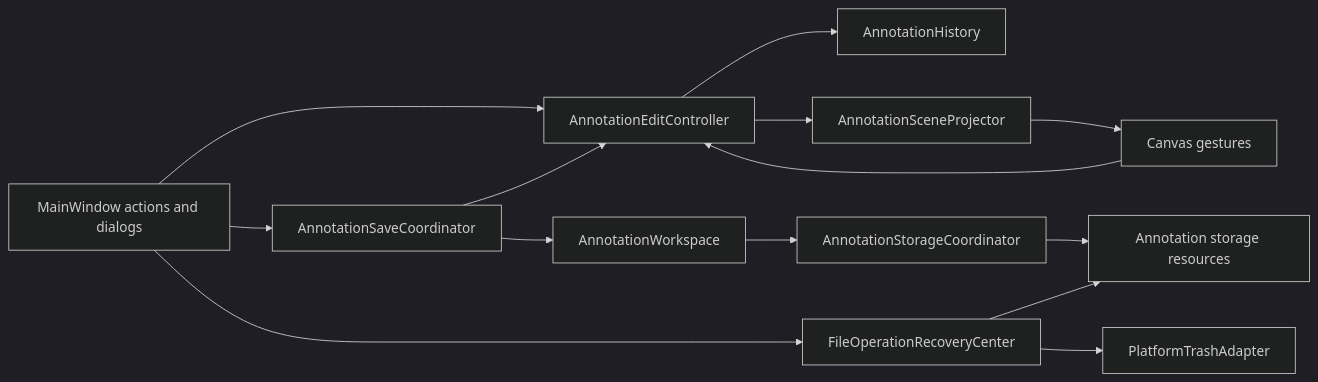
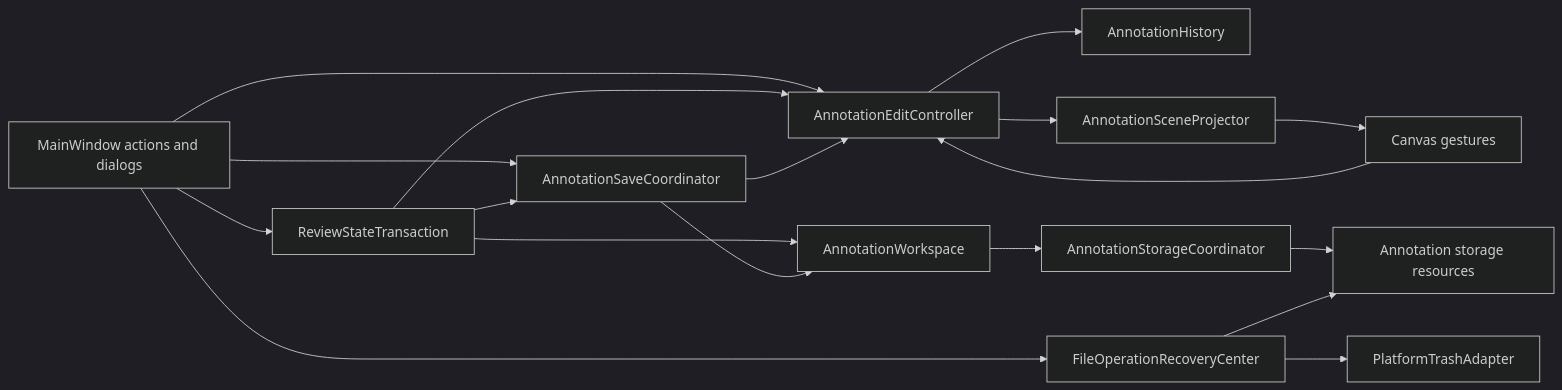
The diagram in docs/design/undo-redo-and-file-recovery.md (zaney955/labelimg-enhanced), drawn with Mermaid (dark theme) before and after one commit. The commit also changed other lines of this file and 4 other files, not shown here.

````diff
--- a/docs/design/undo-redo-and-file-recovery.md
+++ b/docs/design/undo-redo-and-file-recovery.md
@@ -44,28 +44,33 @@
 ```mermaid
 flowchart LR
     UI["MainWindow actions and dialogs"]
     Canvas["Canvas gestures"]
     Controller["AnnotationEditController"]
     History["AnnotationHistory"]
     Projector["AnnotationSceneProjector"]
     Workspace["AnnotationWorkspace"]
     Save["AnnotationSaveCoordinator"]
+    Review["ReviewStateTransaction"]
     Storage["AnnotationStorageCoordinator"]
     Recovery["FileOperationRecoveryCenter"]
     Files["Annotation storage resources"]
     Trash["PlatformTrashAdapter"]
 
     UI --> Controller
     Canvas --> Controller
     Controller --> History
     Controller --> Projector
     Projector --> Canvas
     UI --> Save
+    UI --> Review
+    Review --> Controller
+    Review --> Save
+    Review --> Workspace
     Save --> Controller
     Save --> Workspace
     Workspace --> Storage
     Storage --> Files
     UI --> Recovery
     Recovery --> Trash
     Recovery --> Files
 ```
````
